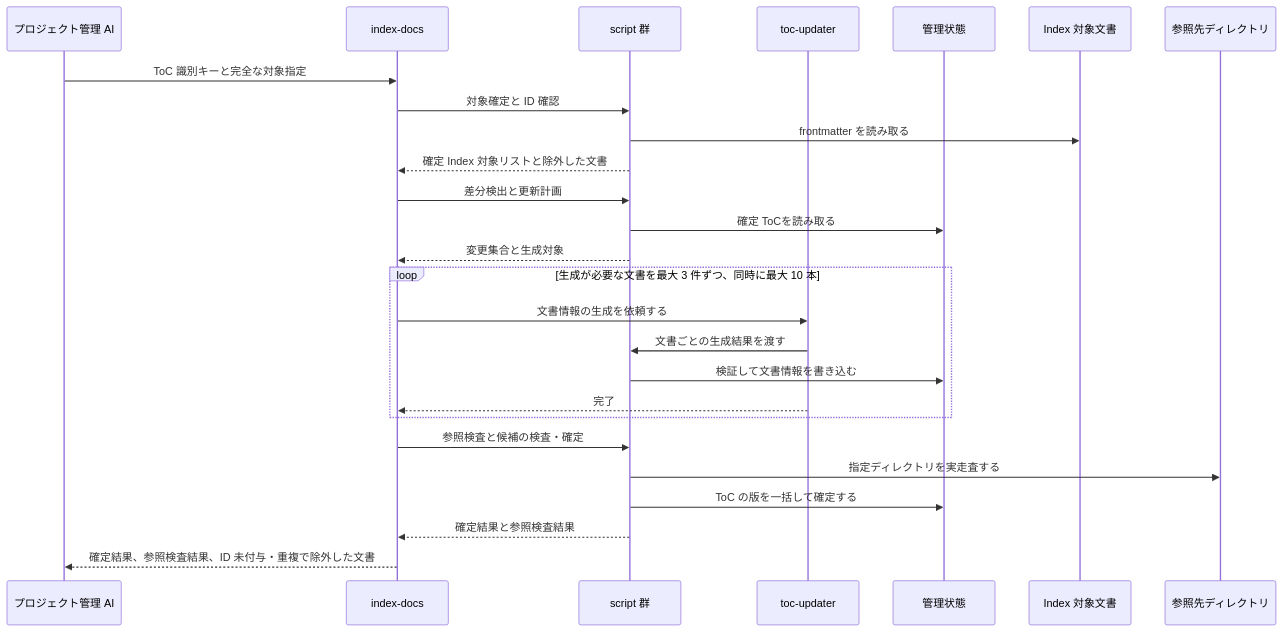
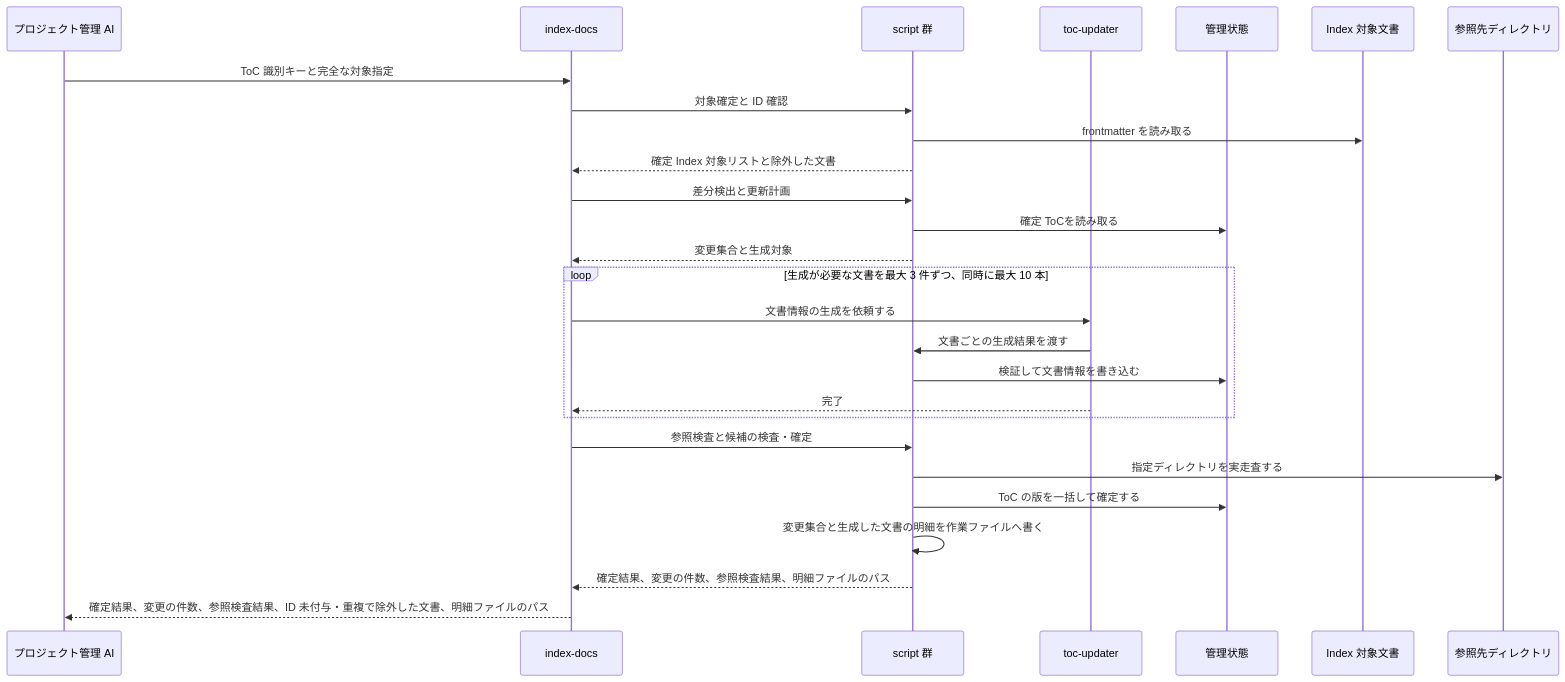
The third of 10 diagrams in docs/specs/design/DES-010_skill-composition.md (BlueEventHorizon/doc-link), drawn with Mermaid before and after one commit. The commit also changed other lines of this file and 33 other files, not shown here.

````diff
--- a/docs/specs/design/DES-010_skill-composition.md
+++ b/docs/specs/design/DES-010_skill-composition.md
@@ -173,29 +173,30 @@
 ```mermaid
 sequenceDiagram
     participant PM as プロジェクト管理 AI
     participant Skill as index-docs
     participant Scripts as script 群
     participant Agent as toc-updater
     participant State as 管理状態
     participant Docs as Index 対象文書
     participant RefDirs as 参照先ディレクトリ
 
     PM->>Skill: ToC 識別キーと完全な対象指定
     Skill->>Scripts: 対象確定と ID 確認
     Scripts->>Docs: frontmatter を読み取る
     Scripts-->>Skill: 確定 Index 対象リストと除外した文書
     Skill->>Scripts: 差分検出と更新計画
     Scripts->>State: 確定 ToCを読み取る
     Scripts-->>Skill: 変更集合と生成対象
     loop 生成が必要な文書を最大 3 件ずつ、同時に最大 10 本
         Skill->>Agent: 文書情報の生成を依頼する
         Agent->>Scripts: 文書ごとの生成結果を渡す
         Scripts->>State: 検証して文書情報を書き込む
         Agent-->>Skill: 完了
     end
     Skill->>Scripts: 参照検査と候補の検査・確定
     Scripts->>RefDirs: 指定ディレクトリを実走査する
     Scripts->>State: ToC の版を一括して確定する
-    Scripts-->>Skill: 確定結果と参照検査結果
-    Skill-->>PM: 確定結果、参照検査結果、ID 未付与・重複で除外した文書
+    Scripts->>Scripts: 変更集合と生成した文書の明細を作業ファイルへ書く
+    Scripts-->>Skill: 確定結果、変更の件数、参照検査結果、明細ファイルのパス
+    Skill-->>PM: 確定結果、変更の件数、参照検査結果、ID 未付与・重複で除外した文書、明細ファイルのパス
 ```
````
